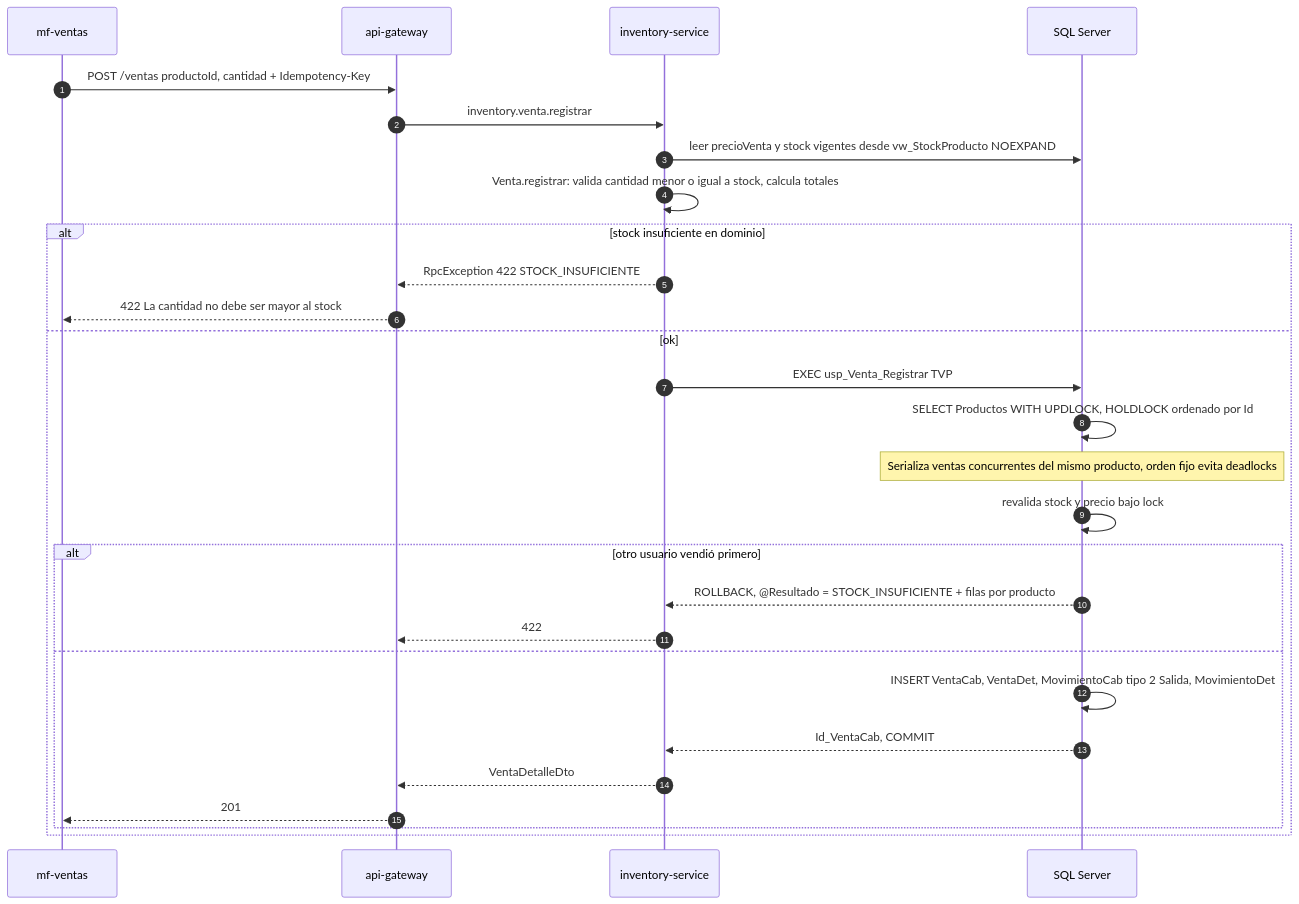
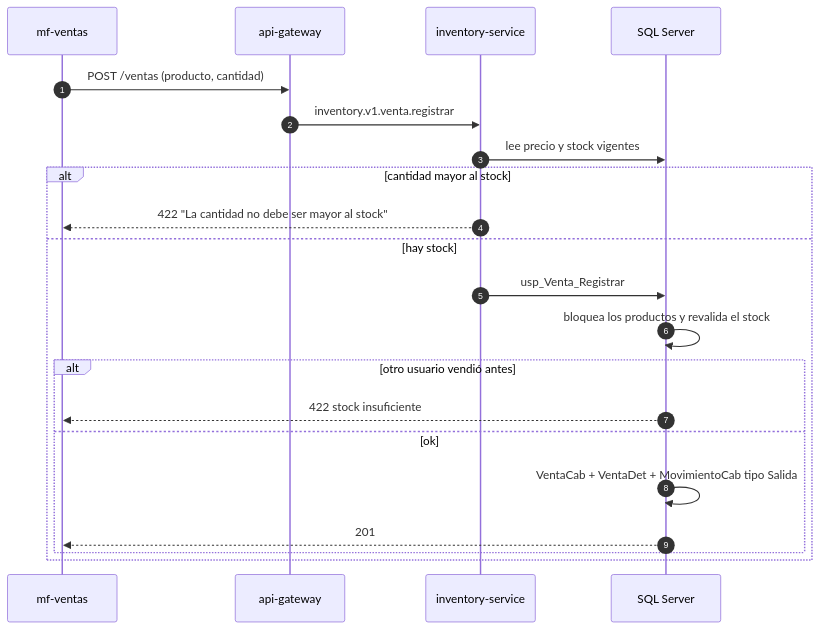
Before and after one commit to Hades0413/hce-insumos-platform: the seventh of 9 diagrams in docs/ARQUITECTURA.md, drawn with Mermaid. The commit also changed other lines of this file and 419 other files, not shown here.

````diff
--- a/docs/ARQUITECTURA.md
+++ b/docs/ARQUITECTURA.md
@@ -256,30 +439,23 @@
 ```mermaid
 sequenceDiagram
   autonumber
   participant F as mf-ventas
   participant G as api-gateway
   participant I as inventory-service
   participant D as SQL Server
-  F->>G: POST /ventas productoId, cantidad + Idempotency-Key
-  G->>I: inventory.venta.registrar
-  I->>D: leer precioVenta y stock vigentes desde vw_StockProducto NOEXPAND
-  I->>I: Venta.registrar: valida cantidad menor o igual a stock, calcula totales
-  alt stock insuficiente en dominio
-    I-->>G: RpcException 422 STOCK_INSUFICIENTE
-    G-->>F: 422 La cantidad no debe ser mayor al stock
-  else ok
-    I->>D: EXEC usp_Venta_Registrar TVP
-    D->>D: SELECT Productos WITH UPDLOCK, HOLDLOCK ordenado por Id
-    Note over D: Serializa ventas concurrentes del mismo producto, orden fijo evita deadlocks
-    D->>D: revalida stock y precio bajo lock
-    alt otro usuario vendió primero
-      D-->>I: ROLLBACK, @Resultado = STOCK_INSUFICIENTE + filas por producto
-      I-->>G: 422
-    else
-      D->>D: INSERT VentaCab, VentaDet, MovimientoCab tipo 2 Salida, MovimientoDet
-      D-->>I: Id_VentaCab, COMMIT
-      I-->>G: VentaDetalleDto
-      G-->>F: 201
+  F->>G: POST /ventas (producto, cantidad)
+  G->>I: inventory.v1.venta.registrar
+  I->>D: lee precio y stock vigentes
+  alt cantidad mayor al stock
+    I-->>F: 422 "La cantidad no debe ser mayor al stock"
+  else hay stock
+    I->>D: usp_Venta_Registrar
+    D->>D: bloquea los productos y revalida el stock
+    alt otro usuario vendió antes
+      D-->>F: 422 stock insuficiente
+    else ok
+      D->>D: VentaCab + VentaDet + MovimientoCab tipo Salida
+      D-->>F: 201
     end
   end
 ```
````
